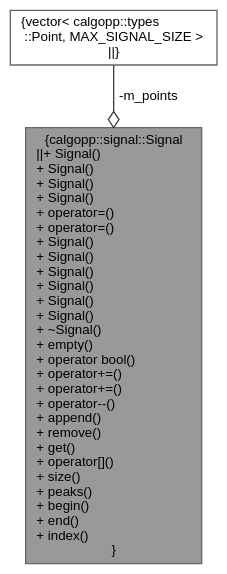
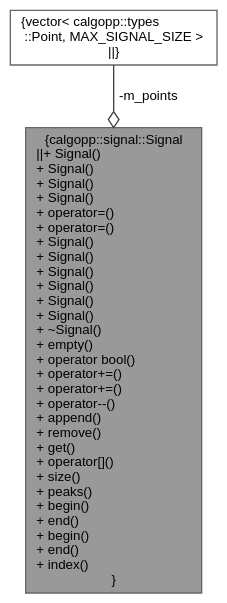
Before and after one commit to pawelekg95/algopp: the diagram in classcalgopp_1_1signal_1_1Signal__coll__graph.dot, drawn with Graphviz. The commit also changed 16 other files, not shown here.

```diff
--- a/classcalgopp_1_1signal_1_1Signal__coll__graph.dot
+++ b/classcalgopp_1_1signal_1_1Signal__coll__graph.dot
@@ -1,10 +1,10 @@
 digraph "calgopp::signal::Signal"
 {
  // LATEX_PDF_SIZE
   bgcolor="transparent";
   edge [fontname=Helvetica,fontsize=10,labelfontname=Helvetica,labelfontsize=10];
   node [fontname=Helvetica,fontsize=10,shape=box,height=0.2,width=0.4];
-  Node1 [label="{calgopp::signal::Signal\n||+ Signal()\l+ Signal()\l+ Signal()\l+ Signal()\l+ operator=()\l+ operator=()\l+ Signal()\l+ Signal()\l+ Signal()\l+ Signal()\l+ Signal()\l+ Signal()\l+ ~Signal()\l+ empty()\l+ operator bool()\l+ operator+=()\l+ operator+=()\l+ operator--()\l+ append()\l+ remove()\l+ get()\l+ operator[]()\l+ size()\l+ peaks()\l+ begin()\l+ end()\l+ index()\l}",height=0.2,width=0.4,color="gray40", fillcolor="grey60", style="filled", fontcolor="black",tooltip=" "];
+  Node1 [label="{calgopp::signal::Signal\n||+ Signal()\l+ Signal()\l+ Signal()\l+ Signal()\l+ operator=()\l+ operator=()\l+ Signal()\l+ Signal()\l+ Signal()\l+ Signal()\l+ Signal()\l+ Signal()\l+ ~Signal()\l+ empty()\l+ operator bool()\l+ operator+=()\l+ operator+=()\l+ operator--()\l+ append()\l+ remove()\l+ get()\l+ operator[]()\l+ size()\l+ peaks()\l+ begin()\l+ end()\l+ begin()\l+ end()\l+ index()\l}",height=0.2,width=0.4,color="gray40", fillcolor="grey60", style="filled", fontcolor="black",tooltip=" "];
   Node2 -> Node1 [color="grey25",style="solid",label=" -m_points" ,arrowhead="odiamond"];
   Node2 [label="{vector\< calgopp::types\l::Point, MAX_SIGNAL_SIZE \>\n||}",height=0.2,width=0.4,color="gray40", fillcolor="white", style="filled",tooltip=" "];
 }
```
